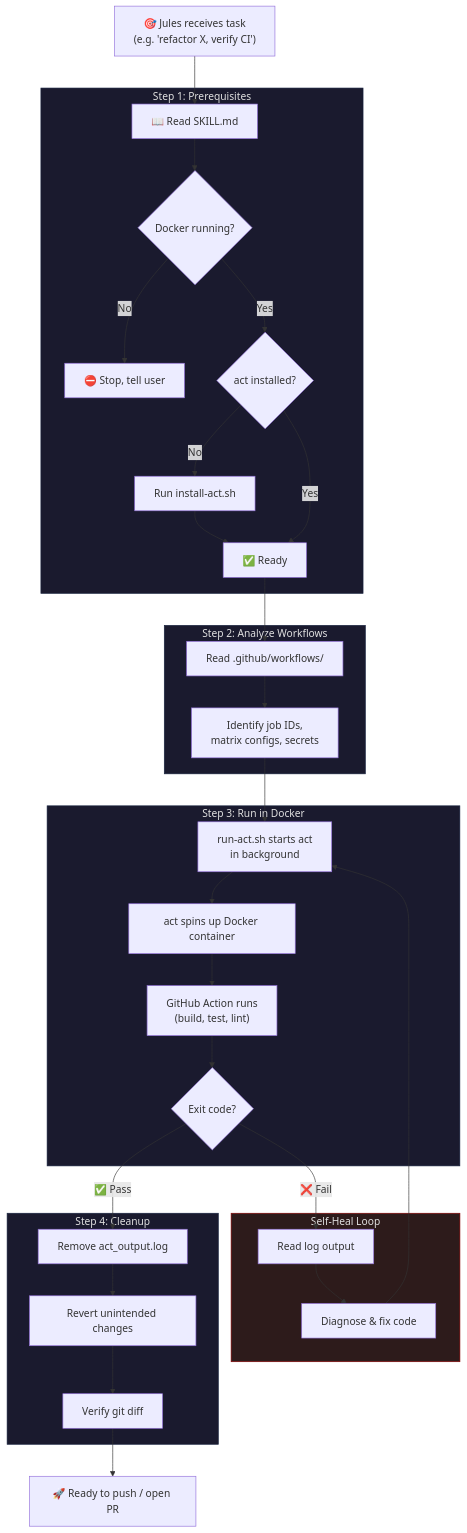
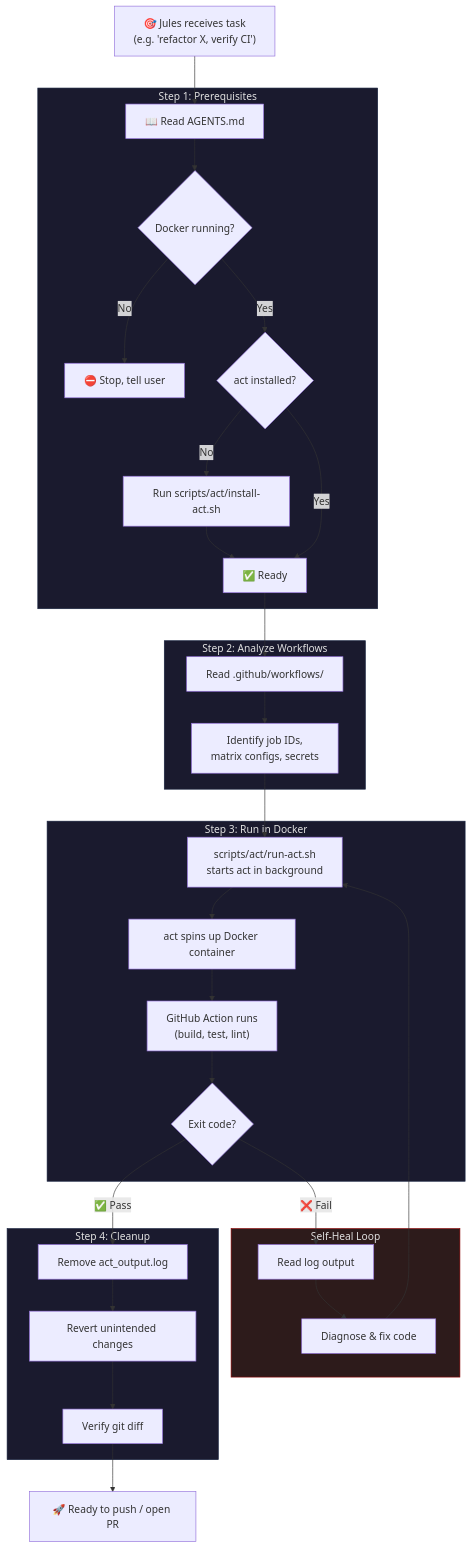
The diagram in skills/local-action-verification/README.md (google-labs-code/jules-skills), drawn with Mermaid before and after one commit. The commit also changed other lines of this file and 1 other file, not shown here.

Commit message:
fix: rework to a set up flow

````diff
--- a/skills/local-action-verification/README.md
+++ b/skills/local-action-verification/README.md
@@ -33,46 +19,46 @@
 ```mermaid
 flowchart TD
-    A["🎯 Jules receives task<br/>(e.g. 'refactor X, verify CI')"] --> B["📖 Read SKILL.md"]
+    A["🎯 Jules receives task<br/>(e.g. 'refactor X, verify CI')"] --> B["📖 Read AGENTS.md"]
 
     subgraph prereqs ["Step 1: Prerequisites"]
         B --> C{"Docker running?"}
         C -- No --> C1["⛔ Stop, tell user"]
         C -- Yes --> D{"act installed?"}
-        D -- No --> D1["Run install-act.sh"]
+        D -- No --> D1["Run scripts/act/install-act.sh"]
         D1 --> E["✅ Ready"]
         D -- Yes --> E
     end
 
     subgraph analyze ["Step 2: Analyze Workflows"]
         E --> F["Read .github/workflows/"]
         F --> G["Identify job IDs,<br/>matrix configs, secrets"]
     end
 
     subgraph run ["Step 3: Run in Docker"]
-        G --> H["run-act.sh starts act<br/>in background"]
+        G --> H["scripts/act/run-act.sh<br/>starts act in background"]
         H --> I["act spins up Docker container"]
         I --> J["GitHub Action runs<br/>(build, test, lint)"]
         J --> K{"Exit code?"}
     end
 
     subgraph heal ["Self-Heal Loop"]
         K -- "❌ Fail" --> L["Read log output"]
         L --> M["Diagnose & fix code"]
         M --> H
     end
 
     K -- "✅ Pass" --> N
 
     subgraph cleanup ["Step 4: Cleanup"]
         N["Remove act_output.log"] --> O["Revert unintended changes"]
         O --> P["Verify git diff"]
     end
 
     P --> Q["🚀 Ready to push / open PR"]
 
     style prereqs fill:#1a1a2e,stroke:#16213e,color:#e0e0e0
     style analyze fill:#1a1a2e,stroke:#16213e,color:#e0e0e0
     style run fill:#1a1a2e,stroke:#16213e,color:#e0e0e0
     style heal fill:#2d1b1b,stroke:#8b0000,color:#e0e0e0
     style cleanup fill:#1a1a2e,stroke:#16213e,color:#e0e0e0
 ```
````
